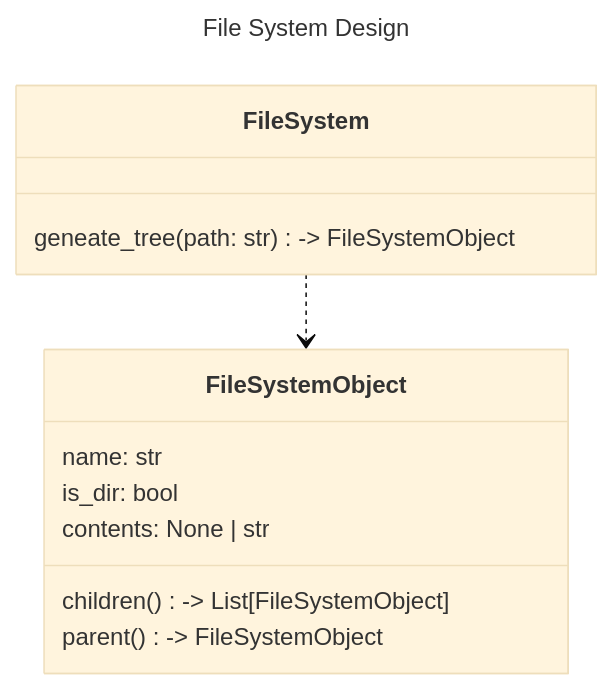
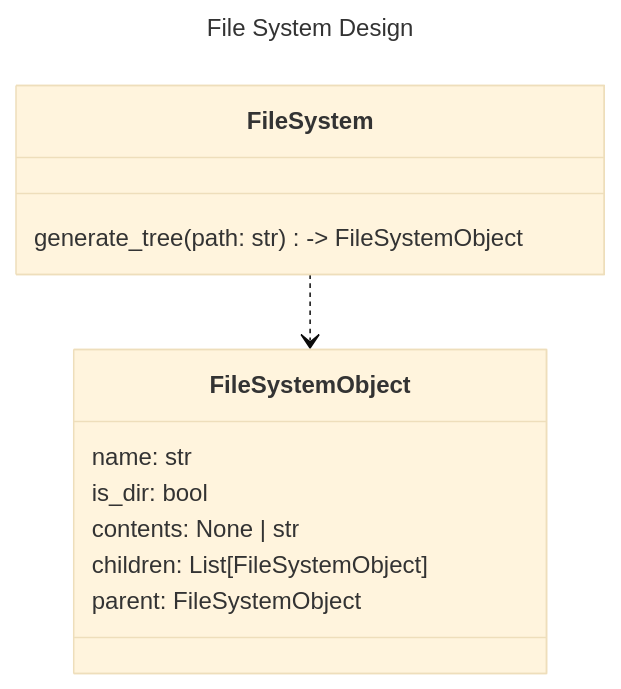
Before and after one commit to Oldranda1414/AutoDev: the diagram in docs/assets/src/fs_design.mmd, drawn with Mermaid (base theme). The commit also changed 4 other files, not shown here.

Commit message:
feat: stub for file system object implementeda

```diff
--- a/docs/assets/src/fs_design.mmd
+++ b/docs/assets/src/fs_design.mmd
@@ -1,17 +1,17 @@
 ---
 title: File System Design
 ---
 classDiagram
     class FileSystem {
-        geneate_tree(path: str) -> FileSystemObject
+        generate_tree(path: str) -> FileSystemObject
     }
 
     class FileSystemObject {
         name: str
         is_dir: bool
         contents: None | str
-        children() -> List[FileSystemObject]
-        parent() -> FileSystemObject
+        children: List[FileSystemObject]
+        parent: FileSystemObject
     }
 
     FileSystem ..> FileSystemObject
```
